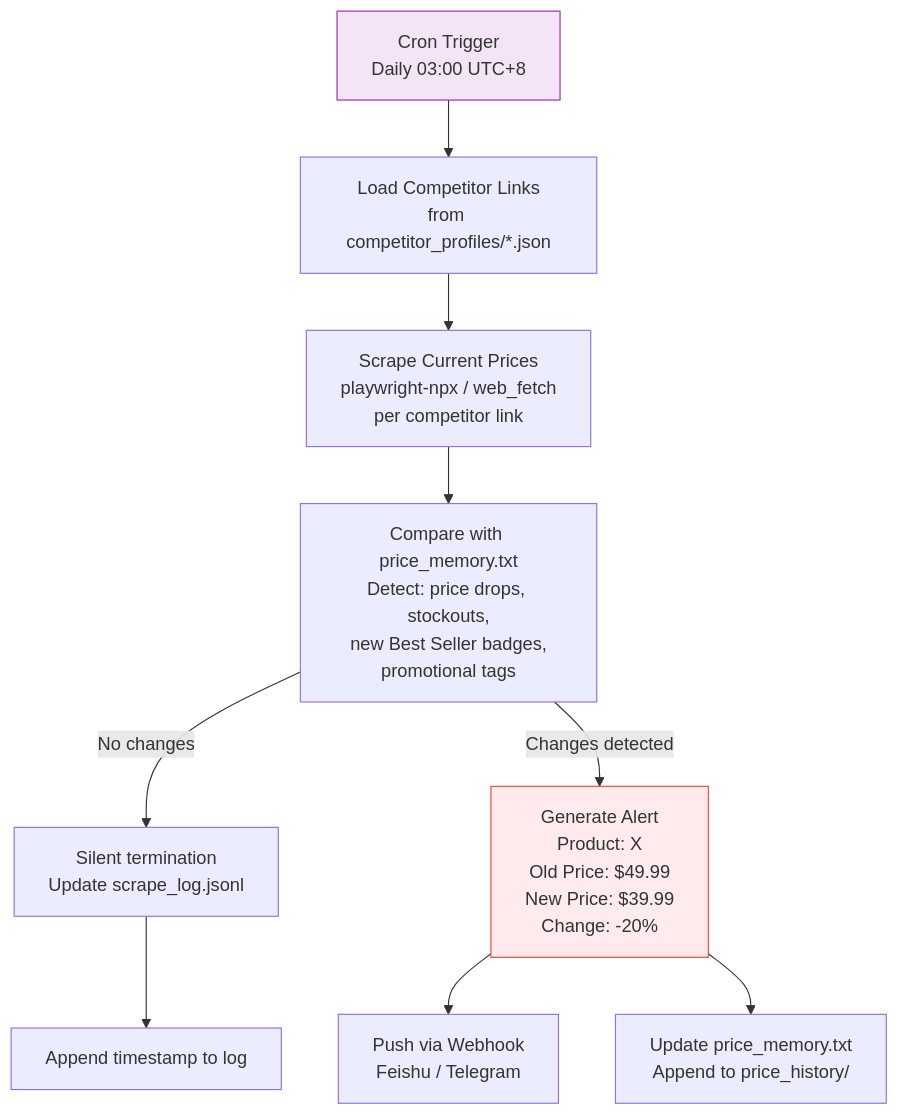
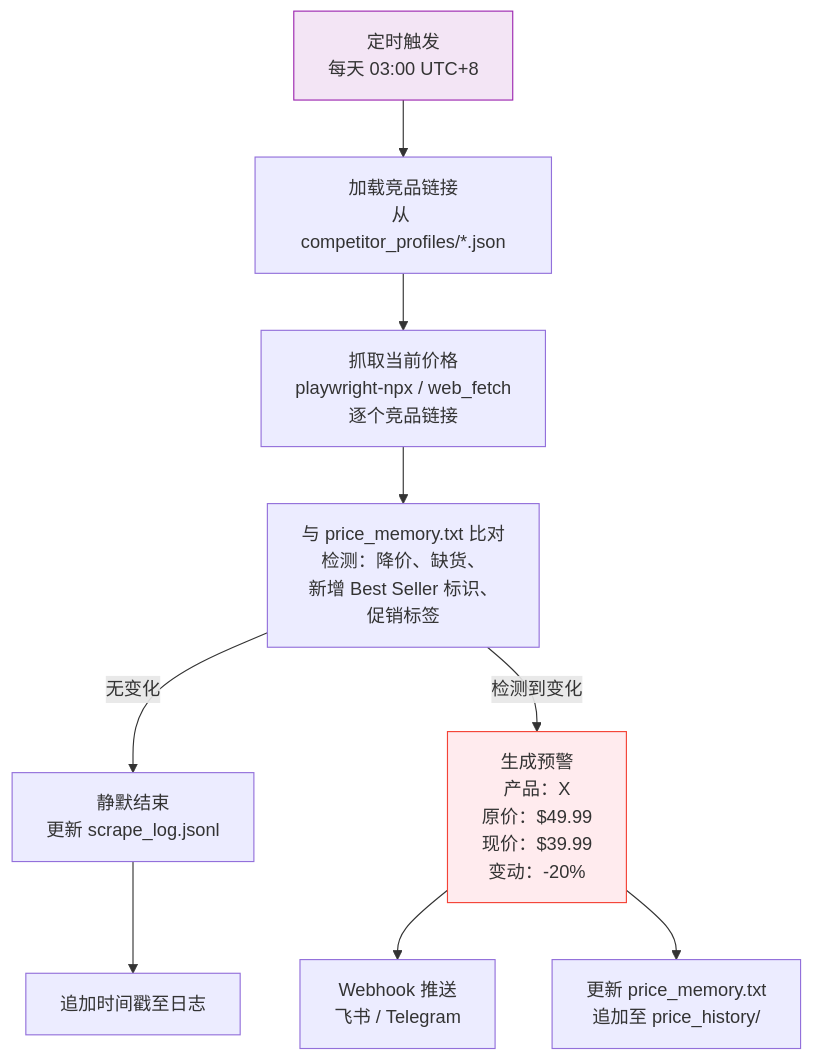
One commit to chan-kinghin/e-commerce-claw changed the third of 4 diagrams in plans/PLAN-voc-analyst.md. Above: the diagram before and after it, drawn with Mermaid. The commit also changed other lines of this file and 55 other files, not shown here.

````diff
--- a/plans/PLAN-voc-analyst.md
+++ b/plans/PLAN-voc-analyst.md
@@ -247,14 +245,14 @@
 ```mermaid
 graph TD
-    CRON["Cron Trigger<br/>Daily 03:00 UTC+8"] --> LOAD["Load Competitor Links<br/>from competitor_profiles/*.json"]
-    LOAD --> SCRAPE["Scrape Current Prices<br/>playwright-npx / web_fetch<br/>per competitor link"]
-    SCRAPE --> COMPARE["Compare with price_memory.txt<br/>Detect: price drops, stockouts,<br/>new Best Seller badges,<br/>promotional tags"]
-    COMPARE -->|No changes| SILENT["Silent termination<br/>Update scrape_log.jsonl"]
-    COMPARE -->|Changes detected| ALERT["Generate Alert<br/>Product: X<br/>Old Price: $49.99<br/>New Price: $39.99<br/>Change: -20%"]
-    ALERT --> WEBHOOK["Push via Webhook<br/>Feishu / Telegram"]
-    ALERT --> SAVE["Update price_memory.txt<br/>Append to price_history/"]
-    SILENT --> SAVE_LOG["Append timestamp to log"]
+    CRON["定时触发<br/>每天 03:00 UTC+8"] --> LOAD["加载竞品链接<br/>从 competitor_profiles/*.json"]
+    LOAD --> SCRAPE["抓取当前价格<br/>playwright-npx / web_fetch<br/>逐个竞品链接"]
+    SCRAPE --> COMPARE["与 price_memory.txt 比对<br/>检测：降价、缺货、<br/>新增 Best Seller 标识、<br/>促销标签"]
+    COMPARE -->|无变化| SILENT["静默结束<br/>更新 scrape_log.jsonl"]
+    COMPARE -->|检测到变化| ALERT["生成预警<br/>产品：X<br/>原价：$49.99<br/>现价：$39.99<br/>变动：-20%"]
+    ALERT --> WEBHOOK["Webhook 推送<br/>飞书 / Telegram"]
+    ALERT --> SAVE["更新 price_memory.txt<br/>追加至 price_history/"]
+    SILENT --> SAVE_LOG["追加时间戳至日志"]
 
     style CRON fill:#F3E5F5,stroke:#9C27B0
     style ALERT fill:#FFEBEE,stroke:#F44336
 ```
````
